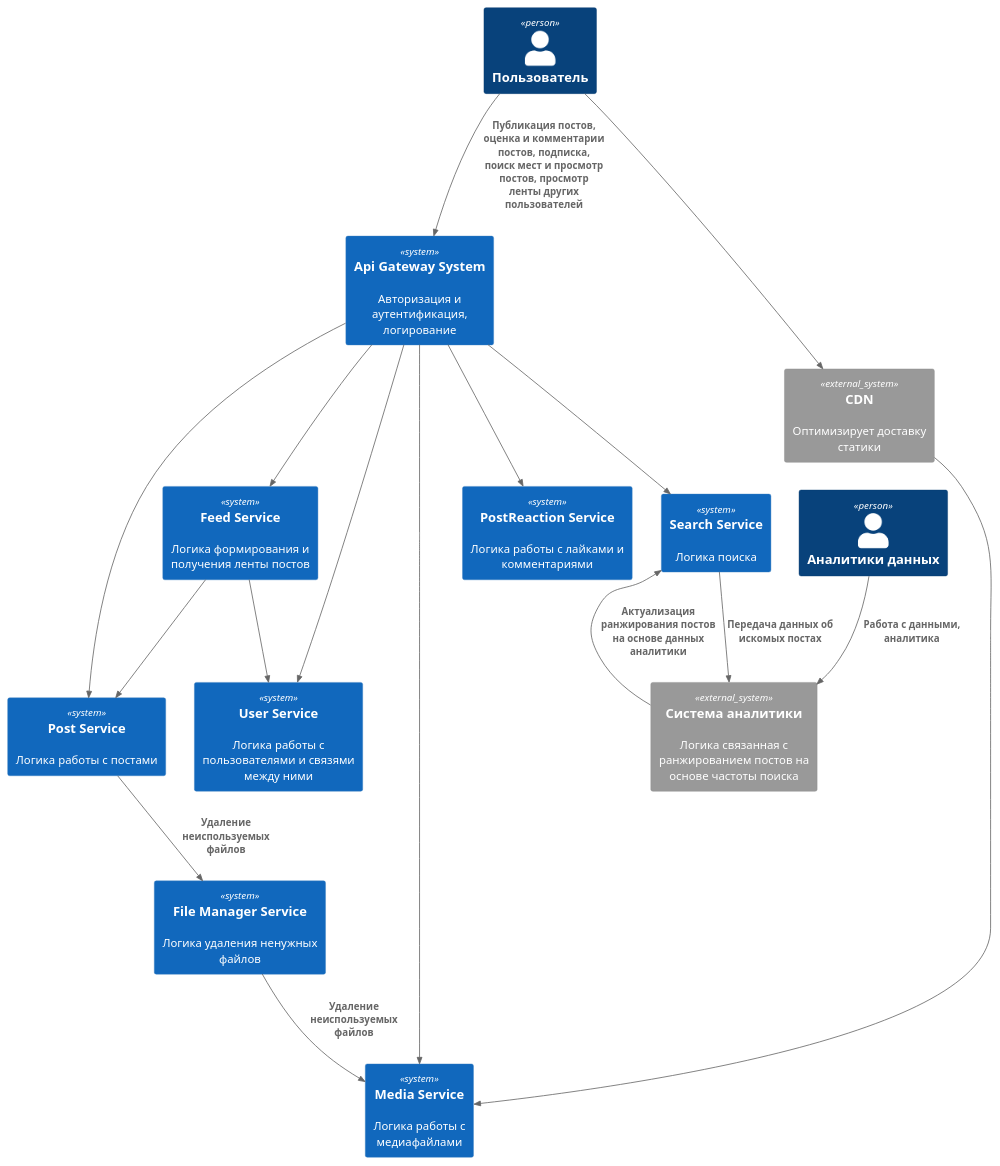
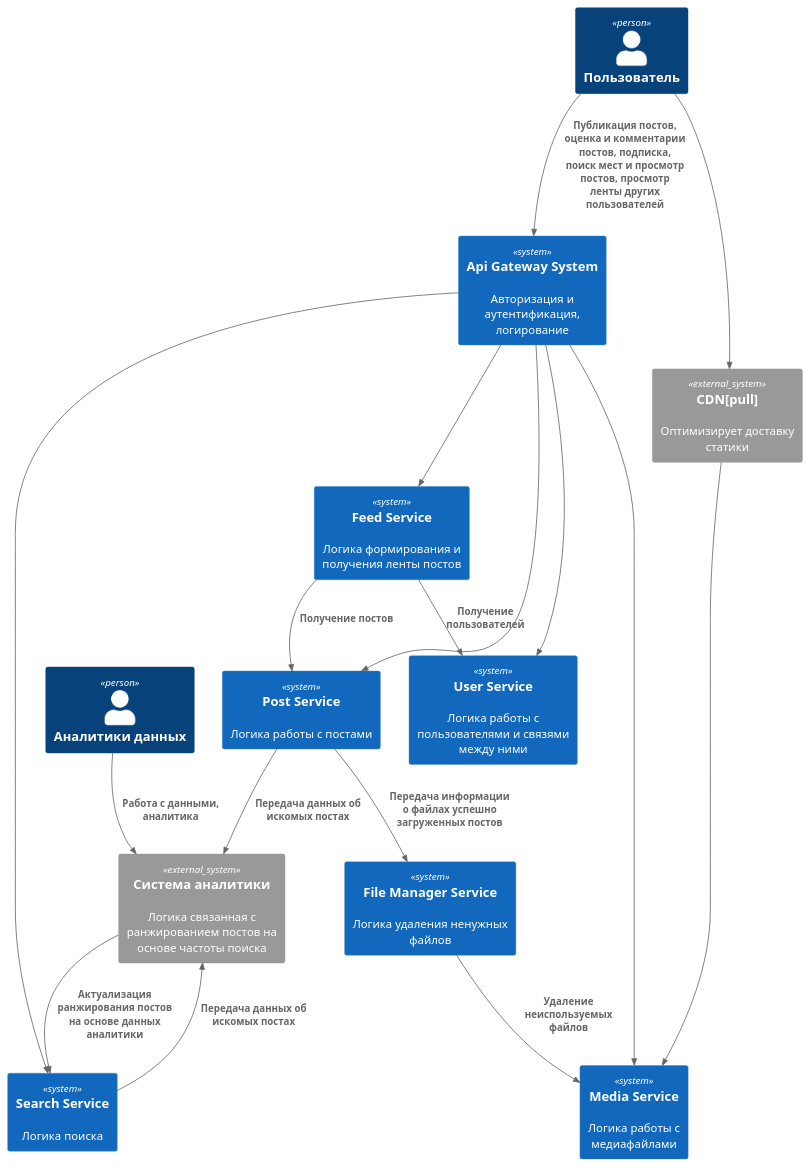
Before and after one commit to Just1pman/social_network_system_design: the diagram in architecture/context.puml, drawn with PlantUML.

Commit message:
Домашнее задание: внесены правки в контекстную диаграмму

```diff
--- a/architecture/context.puml
+++ b/architecture/context.puml
@@ -1,40 +1,39 @@
 @startuml
 !include https://raw.githubusercontent.com/plantuml-stdlib/C4-PlantUML/master/C4_Container.puml
 
 Person(user, "Пользователь")
 Person(dataAnalysts, "Аналитики данных")
 
 System(ApiGateway, "Api Gateway System", "Авторизация и аутентификация, логирование")
 System(PostService, "Post Service", "Логика работы с постами")
-System(PostReactionService, "PostReaction Service", "Логика работы с лайками и комментариями")
 System(MediaService, "Media Service", "Логика работы с медиафайлами")
 System(FileManagerService, "File Manager Service", "Логика удаления ненужных файлов")
 System(UserService, "User Service", "Логика работы с пользователями и связями между ними")
 System(SearchService, "Search Service", "Логика поиска")
 System(FeedService, "Feed Service", "Логика формирования и получения ленты постов")
 System_Ext(AnalyticsService, "Система аналитики", "Логика связанная с ранжированием постов на основе частоты поиска")
-System_Ext(CDN, "CDN", "Оптимизирует доставку статики")
+System_Ext(CDN, "CDN[pull]", "Оптимизирует доставку статики")
 
 Rel(user, CDN, "")
 Rel(user, ApiGateway, "Публикация постов, оценка и комментарии постов, подписка, поиск мест и просмотр постов, просмотр ленты других пользователей")
 
 Rel(ApiGateway, UserService, "")
 Rel(ApiGateway, MediaService, "")
-Rel(ApiGateway, PostReactionService, "")
 Rel(ApiGateway, SearchService, "")
 Rel(ApiGateway, PostService, "")
 Rel(ApiGateway, FeedService, "")
 
 Rel(CDN, MediaService, "")
 
-Rel(FeedService, UserService, "")
-Rel(FeedService, PostService, "")
+Rel(FeedService, UserService, "Получение пользователей")
+Rel(FeedService, PostService, "Получение постов")
 
 Rel(FileManagerService, MediaService, "Удаление неиспользуемых файлов")
-Rel(PostService, FileManagerService, "Удаление неиспользуемых файлов")
+Rel(PostService, FileManagerService, "Передача информации о файлах успешно загруженных постов")
+Rel(PostService, AnalyticsService, "Передача данных об искомых постах")
 
 Rel(SearchService, AnalyticsService, "Передача данных об искомых постах")
 Rel(AnalyticsService, SearchService, "Актуализация ранжирования постов на основе данных аналитики")
 Rel(dataAnalysts, AnalyticsService, "Работа с данными, аналитика")
 
 @enduml
```
